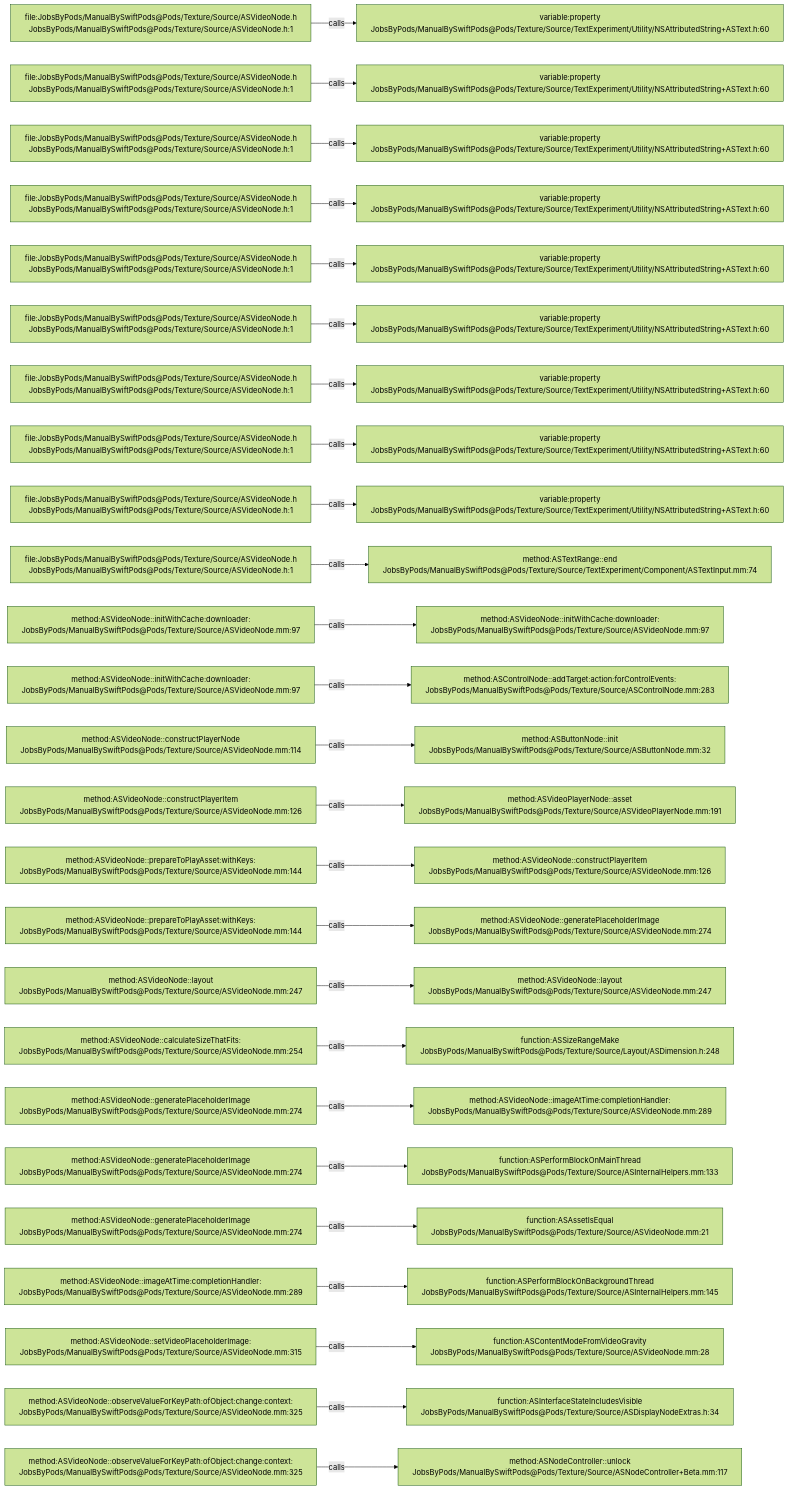
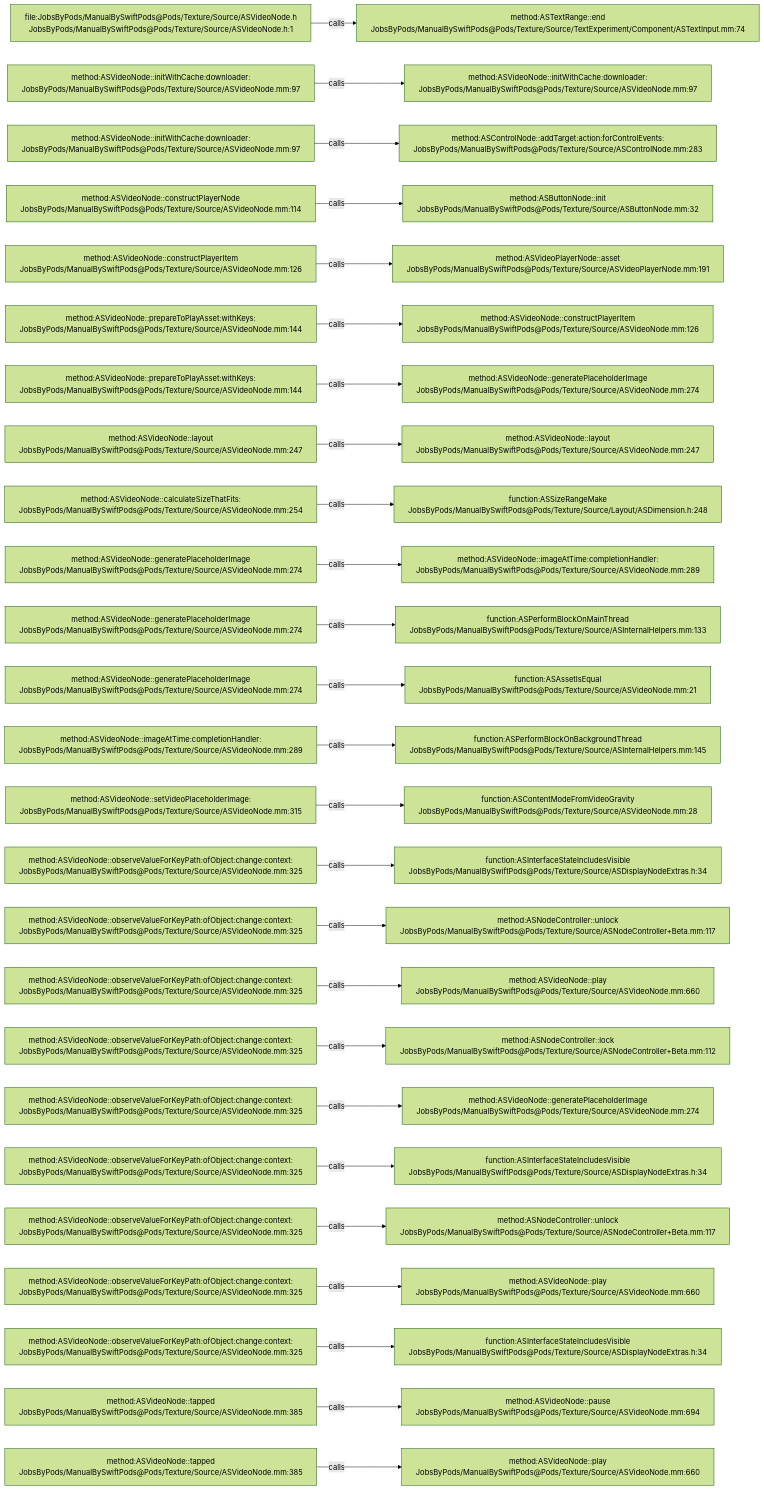
One commit to JobsKits/JobsSwiftBaseConfigDemo changed the diagram in .codegraph/codegraph.md/graphs/calls-074.md. Above: the diagram before and after it, drawn with Mermaid (forest theme). The commit also changed 707 other files, not shown here.

````diff
--- a/.codegraph/codegraph.md/graphs/calls-074.md
+++ b/.codegraph/codegraph.md/graphs/calls-074.md
@@ -13,78 +13,78 @@
 ```mermaid
 flowchart LR
   S1["file:JobsByPods/ManualBySwiftPods@Pods/Texture/Source/ASVideoNode.h<br/>JobsByPods/ManualBySwiftPods@Pods/Texture/Source/ASVideoNode.h:1"]
-  T1["variable:property<br/>JobsByPods/ManualBySwiftPods@Pods/Texture/Source/TextExperiment/Utility/NSAttributedString+ASText.h:60"]
+  T1["method:ASTextRange::end<br/>JobsByPods/ManualBySwiftPods@Pods/Texture/Source/TextExperiment/Component/ASTextInput.mm:74"]
   S1 -->|calls| T1
-  S2["file:JobsByPods/ManualBySwiftPods@Pods/Texture/Source/ASVideoNode.h<br/>JobsByPods/ManualBySwiftPods@Pods/Texture/Source/ASVideoNode.h:1"]
-  T2["variable:property<br/>JobsByPods/ManualBySwiftPods@Pods/Texture/Source/TextExperiment/Utility/NSAttributedString+ASText.h:60"]
+  S2["method:ASVideoNode::initWithCache:downloader:<br/>JobsByPods/ManualBySwiftPods@Pods/Texture/Source/ASVideoNode.mm:97"]
+  T2["method:ASVideoNode::initWithCache:downloader:<br/>JobsByPods/ManualBySwiftPods@Pods/Texture/Source/ASVideoNode.mm:97"]
   S2 -->|calls| T2
-  S3["file:JobsByPods/ManualBySwiftPods@Pods/Texture/Source/ASVideoNode.h<br/>JobsByPods/ManualBySwiftPods@Pods/Texture/Source/ASVideoNode.h:1"]
-  T3["variable:property<br/>JobsByPods/ManualBySwiftPods@Pods/Texture/Source/TextExperiment/Utility/NSAttributedString+ASText.h:60"]
+  S3["method:ASVideoNode::initWithCache:downloader:<br/>JobsByPods/ManualBySwiftPods@Pods/Texture/Source/ASVideoNode.mm:97"]
+  T3["method:ASControlNode::addTarget:action:forControlEvents:<br/>JobsByPods/ManualBySwiftPods@Pods/Texture/Source/ASControlNode.mm:283"]
   S3 -->|calls| T3
-  S4["file:JobsByPods/ManualBySwiftPods@Pods/Texture/Source/ASVideoNode.h<br/>JobsByPods/ManualBySwiftPods@Pods/Texture/Source/ASVideoNode.h:1"]
-  T4["variable:property<br/>JobsByPods/ManualBySwiftPods@Pods/Texture/Source/TextExperiment/Utility/NSAttributedString+ASText.h:60"]
+  S4["method:ASVideoNode::constructPlayerNode<br/>JobsByPods/ManualBySwiftPods@Pods/Texture/Source/ASVideoNode.mm:114"]
+  T4["method:ASButtonNode::init<br/>JobsByPods/ManualBySwiftPods@Pods/Texture/Source/ASButtonNode.mm:32"]
   S4 -->|calls| T4
-  S5["file:JobsByPods/ManualBySwiftPods@Pods/Texture/Source/ASVideoNode.h<br/>JobsByPods/ManualBySwiftPods@Pods/Texture/Source/ASVideoNode.h:1"]
-  T5["variable:property<br/>JobsByPods/ManualBySwiftPods@Pods/Texture/Source/TextExperiment/Utility/NSAttributedString+ASText.h:60"]
+  S5["method:ASVideoNode::constructPlayerItem<br/>JobsByPods/ManualBySwiftPods@Pods/Texture/Source/ASVideoNode.mm:126"]
+  T5["method:ASVideoPlayerNode::asset<br/>JobsByPods/ManualBySwiftPods@Pods/Texture/Source/ASVideoPlayerNode.mm:191"]
   S5 -->|calls| T5
-  S6["file:JobsByPods/ManualBySwiftPods@Pods/Texture/Source/ASVideoNode.h<br/>JobsByPods/ManualBySwiftPods@Pods/Texture/Source/ASVideoNode.h:1"]
-  T6["variable:property<br/>JobsByPods/ManualBySwiftPods@Pods/Texture/Source/TextExperiment/Utility/NSAttributedString+ASText.h:60"]
+  S6["method:ASVideoNode::prepareToPlayAsset:withKeys:<br/>JobsByPods/ManualBySwiftPods@Pods/Texture/Source/ASVideoNode.mm:144"]
+  T6["method:ASVideoNode::constructPlayerItem<br/>JobsByPods/ManualBySwiftPods@Pods/Texture/Source/ASVideoNode.mm:126"]
   S6 -->|calls| T6
-  S7["file:JobsByPods/ManualBySwiftPods@Pods/Texture/Source/ASVideoNode.h<br/>JobsByPods/ManualBySwiftPods@Pods/Texture/Source/ASVideoNode.h:1"]
-  T7["variable:property<br/>JobsByPods/ManualBySwiftPods@Pods/Texture/Source/TextExperiment/Utility/NSAttributedString+ASText.h:60"]
+  S7["method:ASVideoNode::prepareToPlayAsset:withKeys:<br/>JobsByPods/ManualBySwiftPods@Pods/Texture/Source/ASVideoNode.mm:144"]
+  T7["method:ASVideoNode::generatePlaceholderImage<br/>JobsByPods/ManualBySwiftPods@Pods/Texture/Source/ASVideoNode.mm:274"]
   S7 -->|calls| T7
-  S8["file:JobsByPods/ManualBySwiftPods@Pods/Texture/Source/ASVideoNode.h<br/>JobsByPods/ManualBySwiftPods@Pods/Texture/Source/ASVideoNode.h:1"]
-  T8["variable:property<br/>JobsByPods/ManualBySwiftPods@Pods/Texture/Source/TextExperiment/Utility/NSAttributedString+ASText.h:60"]
+  S8["method:ASVideoNode::layout<br/>JobsByPods/ManualBySwiftPods@Pods/Texture/Source/ASVideoNode.mm:247"]
+  T8["method:ASVideoNode::layout<br/>JobsByPods/ManualBySwiftPods@Pods/Texture/Source/ASVideoNode.mm:247"]
   S8 -->|calls| T8
-  S9["file:JobsByPods/ManualBySwiftPods@Pods/Texture/Source/ASVideoNode.h<br/>JobsByPods/ManualBySwiftPods@Pods/Texture/Source/ASVideoNode.h:1"]
-  T9["variable:property<br/>JobsByPods/ManualBySwiftPods@Pods/Texture/Source/TextExperiment/Utility/NSAttributedString+ASText.h:60"]
+  S9["method:ASVideoNode::calculateSizeThatFits:<br/>JobsByPods/ManualBySwiftPods@Pods/Texture/Source/ASVideoNode.mm:254"]
+  T9["function:ASSizeRangeMake<br/>JobsByPods/ManualBySwiftPods@Pods/Texture/Source/Layout/ASDimension.h:248"]
   S9 -->|calls| T9
-  S10["file:JobsByPods/ManualBySwiftPods@Pods/Texture/Source/ASVideoNode.h<br/>JobsByPods/ManualBySwiftPods@Pods/Texture/Source/ASVideoNode.h:1"]
-  T10["method:ASTextRange::end<br/>JobsByPods/ManualBySwiftPods@Pods/Texture/Source/TextExperiment/Component/ASTextInput.mm:74"]
+  S10["method:ASVideoNode::generatePlaceholderImage<br/>JobsByPods/ManualBySwiftPods@Pods/Texture/Source/ASVideoNode.mm:274"]
+  T10["method:ASVideoNode::imageAtTime:completionHandler:<br/>JobsByPods/ManualBySwiftPods@Pods/Texture/Source/ASVideoNode.mm:289"]
   S10 -->|calls| T10
-  S11["method:ASVideoNode::initWithCache:downloader:<br/>JobsByPods/ManualBySwiftPods@Pods/Texture/Source/ASVideoNode.mm:97"]
-  T11["method:ASVideoNode::initWithCache:downloader:<br/>JobsByPods/ManualBySwiftPods@Pods/Texture/Source/ASVideoNode.mm:97"]
+  S11["method:ASVideoNode::generatePlaceholderImage<br/>JobsByPods/ManualBySwiftPods@Pods/Texture/Source/ASVideoNode.mm:274"]
+  T11["function:ASPerformBlockOnMainThread<br/>JobsByPods/ManualBySwiftPods@Pods/Texture/Source/ASInternalHelpers.mm:133"]
   S11 -->|calls| T11
-  S12["method:ASVideoNode::initWithCache:downloader:<br/>JobsByPods/ManualBySwiftPods@Pods/Texture/Source/ASVideoNode.mm:97"]
-  T12["method:ASControlNode::addTarget:action:forControlEvents:<br/>JobsByPods/ManualBySwiftPods@Pods/Texture/Source/ASControlNode.mm:283"]
+  S12["method:ASVideoNode::generatePlaceholderImage<br/>JobsByPods/ManualBySwiftPods@Pods/Texture/Source/ASVideoNode.mm:274"]
+  T12["function:ASAssetIsEqual<br/>JobsByPods/ManualBySwiftPods@Pods/Texture/Source/ASVideoNode.mm:21"]
   S12 -->|calls| T12
-  S13["method:ASVideoNode::constructPlayerNode<br/>JobsByPods/ManualBySwiftPods@Pods/Texture/Source/ASVideoNode.mm:114"]
-  T13["method:ASButtonNode::init<br/>JobsByPods/ManualBySwiftPods@Pods/Texture/Source/ASButtonNode.mm:32"]
+  S13["method:ASVideoNode::imageAtTime:completionHandler:<br/>JobsByPods/ManualBySwiftPods@Pods/Texture/Source/ASVideoNode.mm:289"]
+  T13["function:ASPerformBlockOnBackgroundThread<br/>JobsByPods/ManualBySwiftPods@Pods/Texture/Source/ASInternalHelpers.mm:145"]
   S13 -->|calls| T13
-  S14["method:ASVideoNode::constructPlayerItem<br/>JobsByPods/ManualBySwiftPods@Pods/Texture/Source/ASVideoNode.mm:126"]
-  T14["method:ASVideoPlayerNode::asset<br/>JobsByPods/ManualBySwiftPods@Pods/Texture/Source/ASVideoPlayerNode.mm:191"]
+  S14["method:ASVideoNode::setVideoPlaceholderImage:<br/>JobsByPods/ManualBySwiftPods@Pods/Texture/Source/ASVideoNode.mm:315"]
+  T14["function:ASContentModeFromVideoGravity<br/>JobsByPods/ManualBySwiftPods@Pods/Texture/Source/ASVideoNode.mm:28"]
   S14 -->|calls| T14
-  S15["method:ASVideoNode::prepareToPlayAsset:withKeys:<br/>JobsByPods/ManualBySwiftPods@Pods/Texture/Source/ASVideoNode.mm:144"]
-  T15["method:ASVideoNode::constructPlayerItem<br/>JobsByPods/ManualBySwiftPods@Pods/Texture/Source/ASVideoNode.mm:126"]
+  S15["method:ASVideoNode::observeValueForKeyPath:ofObject:change:context:<br/>JobsByPods/ManualBySwiftPods@Pods/Texture/Source/ASVideoNode.mm:325"]
+  T15["function:ASInterfaceStateIncludesVisible<br/>JobsByPods/ManualBySwiftPods@Pods/Texture/Source/ASDisplayNodeExtras.h:34"]
   S15 -->|calls| T15
-  S16["method:ASVideoNode::prepareToPlayAsset:withKeys:<br/>JobsByPods/ManualBySwiftPods@Pods/Texture/Source/ASVideoNode.mm:144"]
-  T16["method:ASVideoNode::generatePlaceholderImage<br/>JobsByPods/ManualBySwiftPods@Pods/Texture/Source/ASVideoNode.mm:274"]
+  S16["method:ASVideoNode::observeValueForKeyPath:ofObject:change:context:<br/>JobsByPods/ManualBySwiftPods@Pods/Texture/Source/ASVideoNode.mm:325"]
+  T16["method:ASNodeController::unlock<br/>JobsByPods/ManualBySwiftPods@Pods/Texture/Source/ASNodeController+Beta.mm:117"]
   S16 -->|calls| T16
-  S17["method:ASVideoNode::layout<br/>JobsByPods/ManualBySwiftPods@Pods/Texture/Source/ASVideoNode.mm:247"]
-  T17["method:ASVideoNode::layout<br/>JobsByPods/ManualBySwiftPods@Pods/Texture/Source/ASVideoNode.mm:247"]
+  S17["method:ASVideoNode::observeValueForKeyPath:ofObject:change:context:<br/>JobsByPods/ManualBySwiftPods@Pods/Texture/Source/ASVideoNode.mm:325"]
+  T17["method:ASVideoNode::play<br/>JobsByPods/ManualBySwiftPods@Pods/Texture/Source/ASVideoNode.mm:660"]
   S17 -->|calls| T17
-  S18["method:ASVideoNode::calculateSizeThatFits:<br/>JobsByPods/ManualBySwiftPods@Pods/Texture/Source/ASVideoNode.mm:254"]
-  T18["function:ASSizeRangeMake<br/>JobsByPods/ManualBySwiftPods@Pods/Texture/Source/Layout/ASDimension.h:248"]
+  S18["method:ASVideoNode::observeValueForKeyPath:ofObject:change:context:<br/>JobsByPods/ManualBySwiftPods@Pods/Texture/Source/ASVideoNode.mm:325"]
+  T18["method:ASNodeController::lock<br/>JobsByPods/ManualBySwiftPods@Pods/Texture/Source/ASNodeController+Beta.mm:112"]
   S18 -->|calls| T18
-  S19["method:ASVideoNode::generatePlaceholderImage<br/>JobsByPods/ManualBySwiftPods@Pods/Texture/Source/ASVideoNode.mm:274"]
-  T19["method:ASVideoNode::imageAtTime:completionHandler:<br/>JobsByPods/ManualBySwiftPods@Pods/Texture/Source/ASVideoNode.mm:289"]
+  S19["method:ASVideoNode::observeValueForKeyPath:ofObject:change:context:<br/>JobsByPods/ManualBySwiftPods@Pods/Texture/Source/ASVideoNode.mm:325"]
+  T19["method:ASVideoNode::generatePlaceholderImage<br/>JobsByPods/ManualBySwiftPods@Pods/Texture/Source/ASVideoNode.mm:274"]
   S19 -->|calls| T19
-  S20["method:ASVideoNode::generatePlaceholderImage<br/>JobsByPods/ManualBySwiftPods@Pods/Texture/Source/ASVideoNode.mm:274"]
-  T20["function:ASPerformBlockOnMainThread<br/>JobsByPods/ManualBySwiftPods@Pods/Texture/Source/ASInternalHelpers.mm:133"]
+  S20["method:ASVideoNode::observeValueForKeyPath:ofObject:change:context:<br/>JobsByPods/ManualBySwiftPods@Pods/Texture/Source/ASVideoNode.mm:325"]
+  T20["function:ASInterfaceStateIncludesVisible<br/>JobsByPods/ManualBySwiftPods@Pods/Texture/Source/ASDisplayNodeExtras.h:34"]
   S20 -->|calls| T20
-  S21["method:ASVideoNode::generatePlaceholderImage<br/>JobsByPods/ManualBySwiftPods@Pods/Texture/Source/ASVideoNode.mm:274"]
-  T21["function:ASAssetIsEqual<br/>JobsByPods/ManualBySwiftPods@Pods/Texture/Source/ASVideoNode.mm:21"]
+  S21["method:ASVideoNode::observeValueForKeyPath:ofObject:change:context:<br/>JobsByPods/ManualBySwiftPods@Pods/Texture/Source/ASVideoNode.mm:325"]
+  T21["method:ASNodeController::unlock<br/>JobsByPods/ManualBySwiftPods@Pods/Texture/Source/ASNodeController+Beta.mm:117"]
   S21 -->|calls| T21
-  S22["method:ASVideoNode::imageAtTime:completionHandler:<br/>JobsByPods/ManualBySwiftPods@Pods/Texture/Source/ASVideoNode.mm:289"]
-  T22["function:ASPerformBlockOnBackgroundThread<br/>JobsByPods/ManualBySwiftPods@Pods/Texture/Source/ASInternalHelpers.mm:145"]
+  S22["method:ASVideoNode::observeValueForKeyPath:ofObject:change:context:<br/>JobsByPods/ManualBySwiftPods@Pods/Texture/Source/ASVideoNode.mm:325"]
+  T22["method:ASVideoNode::play<br/>JobsByPods/ManualBySwiftPods@Pods/Texture/Source/ASVideoNode.mm:660"]
   S22 -->|calls| T22
-  S23["method:ASVideoNode::setVideoPlaceholderImage:<br/>JobsByPods/ManualBySwiftPods@Pods/Texture/Source/ASVideoNode.mm:315"]
-  T23["function:ASContentModeFromVideoGravity<br/>JobsByPods/ManualBySwiftPods@Pods/Texture/Source/ASVideoNode.mm:28"]
+  S23["method:ASVideoNode::observeValueForKeyPath:ofObject:change:context:<br/>JobsByPods/ManualBySwiftPods@Pods/Texture/Source/ASVideoNode.mm:325"]
+  T23["function:ASInterfaceStateIncludesVisible<br/>JobsByPods/ManualBySwiftPods@Pods/Texture/Source/ASDisplayNodeExtras.h:34"]
   S23 -->|calls| T23
-  S24["method:ASVideoNode::observeValueForKeyPath:ofObject:change:context:<br/>JobsByPods/ManualBySwiftPods@Pods/Texture/Source/ASVideoNode.mm:325"]
-  T24["function:ASInterfaceStateIncludesVisible<br/>JobsByPods/ManualBySwiftPods@Pods/Texture/Source/ASDisplayNodeExtras.h:34"]
+  S24["method:ASVideoNode::tapped<br/>JobsByPods/ManualBySwiftPods@Pods/Texture/Source/ASVideoNode.mm:385"]
+  T24["method:ASVideoNode::pause<br/>JobsByPods/ManualBySwiftPods@Pods/Texture/Source/ASVideoNode.mm:694"]
   S24 -->|calls| T24
-  S25["method:ASVideoNode::observeValueForKeyPath:ofObject:change:context:<br/>JobsByPods/ManualBySwiftPods@Pods/Texture/Source/ASVideoNode.mm:325"]
-  T25["method:ASNodeController::unlock<br/>JobsByPods/ManualBySwiftPods@Pods/Texture/Source/ASNodeController+Beta.mm:117"]
+  S25["method:ASVideoNode::tapped<br/>JobsByPods/ManualBySwiftPods@Pods/Texture/Source/ASVideoNode.mm:385"]
+  T25["method:ASVideoNode::play<br/>JobsByPods/ManualBySwiftPods@Pods/Texture/Source/ASVideoNode.mm:660"]
   S25 -->|calls| T25
 ```
````
